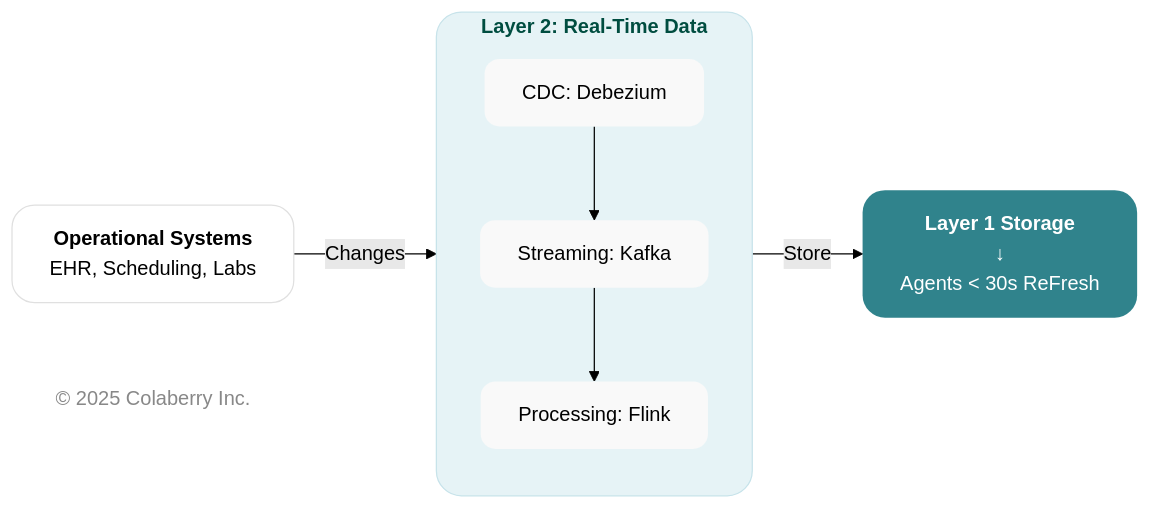
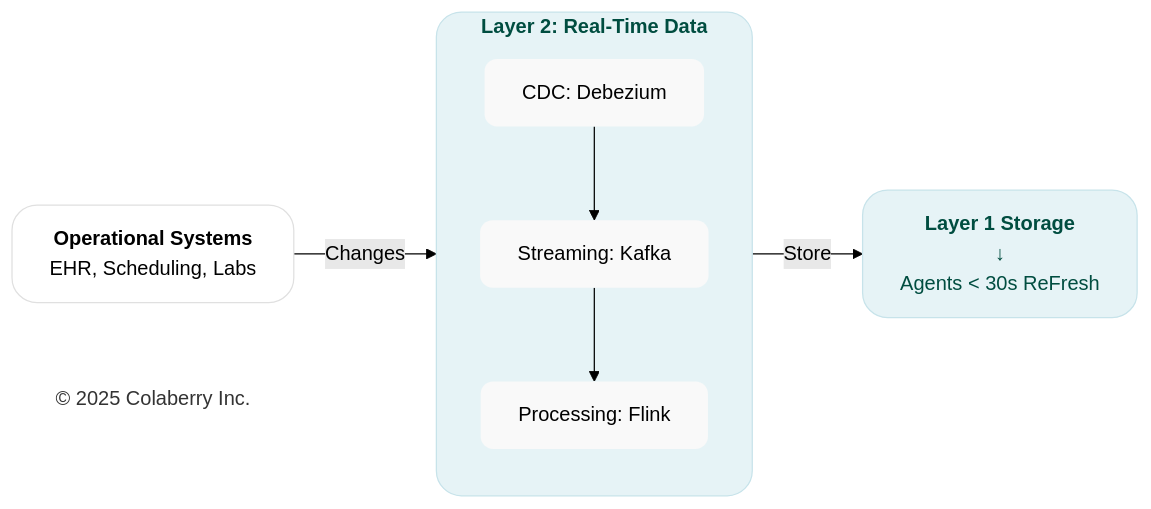
One commit to saitejesh-cyber/trust-before-intelligence-book changed the seventh of 11 diagrams in manuscript/05_chapter_4_foundation_layers.md. Above: the diagram before and after it, drawn with Mermaid (forest theme). The commit also changed other lines of this file and 4 other files, not shown here.

````diff
--- a/manuscript/05_chapter_4_foundation_layers.md
+++ b/manuscript/05_chapter_4_foundation_layers.md
@@ -737,29 +737,29 @@
 ```mermaid
 
 graph LR
     SOURCE["<b>Operational Systems</b><br/>EHR, Scheduling, Labs"]
     
     subgraph LAYER2["<b>Layer 2: Real-Time Data</b>"]
         direction TB
         CDC["CDC: Debezium"]
         KAFKA["Streaming: Kafka"]
         PROCESS["Processing: Flink"]
         CDC --> KAFKA --> PROCESS
     end
     
     OUTCOME["<b>Layer 1 Storage</b><br/>↓<br/>Agents < 30s ReFresh"]
     
     Copyright["© 2025 Colaberry Inc."]
     
     SOURCE -->|"Changes"| LAYER2
     LAYER2 -->|"Store"| OUTCOME
     
-    style SOURCE fill:#ffffff,stroke:#e0e0e0,stroke-width:1px,color:#000000,rx:18,ry:18
+    style SOURCE fill:#ffffff,stroke:#e0e0e0,stroke-width:1px,color:#000000,rx:20,ry:20
     style LAYER2 fill:#e6f3f6,stroke:#c7e3ea,stroke-width:1px,color:#004d40,rx:20,ry:20
-    style CDC fill:#f9f9f9,stroke:none,color:#000000,rx:12,ry:12
-    style KAFKA fill:#f9f9f9,stroke:none,color:#000000,rx:12,ry:12
-    style PROCESS fill:#f9f9f9,stroke:none,color:#000000,rx:12,ry:12
-    style OUTCOME fill:#30838C,stroke:none,color:#ffffff,rx:18,ry:18
-    style Copyright fill:none,stroke:none,color:#888888
+    style CDC fill:#f9f9f9,stroke:none,color:#000000,rx:10,ry:10
+    style KAFKA fill:#f9f9f9,stroke:none,color:#000000,rx:10,ry:10
+    style PROCESS fill:#f9f9f9,stroke:none,color:#000000,rx:10,ry:10
+    style OUTCOME fill:#e6f3f6,stroke:#c7e3ea,stroke-width:1px,color:#004d40,rx:20,ry:20
+    style Copyright fill:none,stroke:none,color:#333333
 
 ```
````
